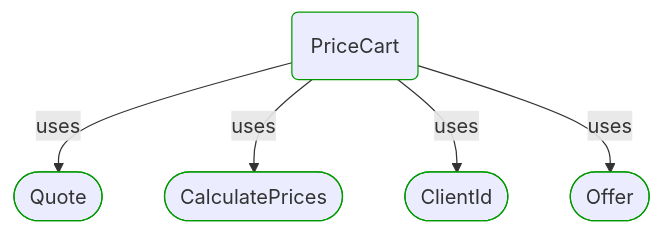
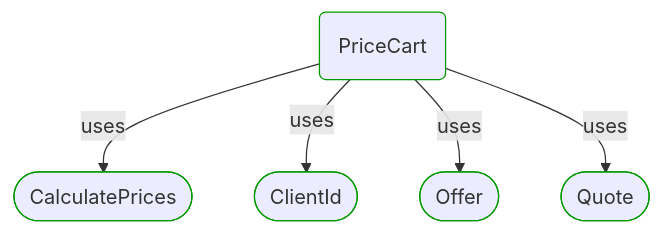
The second of 4 diagrams in Docs/P3/MermaidOutput/ProcessSteps/Sale/Online ordering/PriceCart.md (itlibrium/DDD-starter-dotnet), drawn with Mermaid before and after one commit. The commit also changed 78 other files, not shown here.

````diff
--- a/Docs/P3/MermaidOutput/ProcessSteps/Sale/Online ordering/PriceCart.md
+++ b/Docs/P3/MermaidOutput/ProcessSteps/Sale/Online ordering/PriceCart.md
@@ -37,20 +37,20 @@
 ```mermaid
   flowchart TB
     0(PriceCart)
     class 0 DomainPerspective
-    1([Quote])
+    1([CalculatePrices])
     class 1 DomainPerspective
     0-->|uses|1
-    2([CalculatePrices])
+    2([ClientId])
     class 2 DomainPerspective
     0-->|uses|2
-    3([ClientId])
+    3([Offer])
     class 3 DomainPerspective
     0-->|uses|3
-    4([Offer])
+    4([Quote])
     class 4 DomainPerspective
     0-->|uses|4
     classDef DomainPerspective stroke:#009900
     classDef TechnologyPerspective stroke:#1F41EB
     classDef PeoplePerspective stroke:#FFF014
 ```
````
